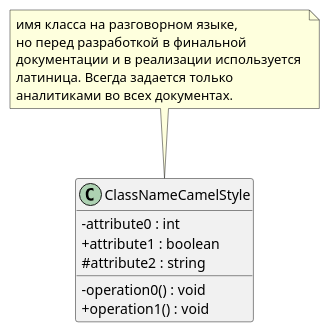
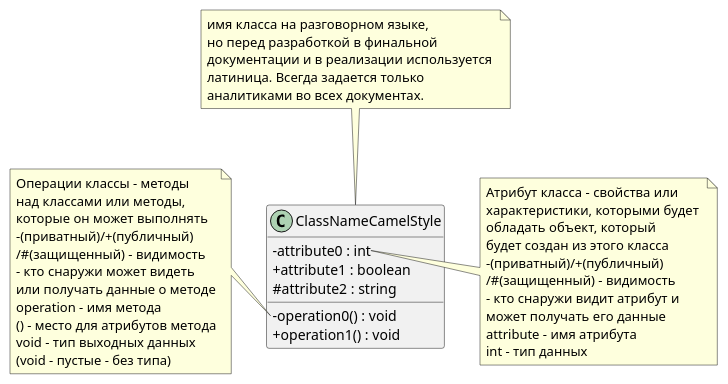
The first of 5 diagrams in Notes/Notes/Системная аналитика/Курсы от нетологии/Раздел 3. Анализ требований/6. UML. Диаграмма классов.md (PopkovAYu/Notes), drawn with PlantUML before and after one commit. The commit also changed other lines of this file, not shown here.

Commit message:
vault backup: 2024-04-22 19:14:55
Affected files:
Notes/Notes/Системная аналитика/Курсы от нетологии/Раздел 3. Анализ требований/6. UML. Диаграмма классов.md

````diff
--- a/Notes/Notes/Системная аналитика/Курсы от нетологии/Раздел 3. Анализ требований/6. UML. Диаграмма классов.md
+++ b/Notes/Notes/Системная аналитика/Курсы от нетологии/Раздел 3. Анализ требований/6. UML. Диаграмма классов.md
@@ -43,32 +43,47 @@
 ```plantuml
 @startuml
 skinparam classAttributeIconSize 0
 class ClassNameCamelStyle {
 -attribute0 : int
 +attribute1 : boolean
 #attribute2 : string
 -operation0() : void
 +operation1() : void
 }
 
 note top of ClassNameCamelStyle
 	имя класса на разговорном языке, 
 	но перед разработкой в финальной 
 	документации и в реализации используется 
 	латиница. Всегда задается только 
 	аналитиками во всех документах.
 end note
 
-note right of ClassNameCamelStyle::-attribute0
-	Атрибут класса - свойства или характеристики, 
-	которыми будет обладать объект, который 
+note right of ClassNameCamelStyle::attribute0
+	Атрибут класса - свойства или 
+	характеристики, которыми будет 
+	обладать объект, который 
 	будет создан из этого класса
-	-(приватный)/+(публичный) /#(защищенный) - видимость 
+	-(приватный)/+(публичный) 
+	/#(защищенный) - видимость 
 	- кто снаружи видит атрибут и 
 	может получать его данные
 	attribute - имя атрибута
 	int - тип данных
 end note
 
+note left of ClassNameCamelStyle::operation0
+	Операции классы - методы 
+	над классами или методы, 
+	которые он может выполнять
+	-(приватный)/+(публичный) 
+	/#(защищенный) - видимость 
+	- кто снаружи может видеть 
+	или получать данные о методе
+	operation - имя метода
+	() - место для атрибутов метода
+	void - тип выходных данных 
+	(void - пустые - без типа)	
+end note
 @enduml
 ```
````
